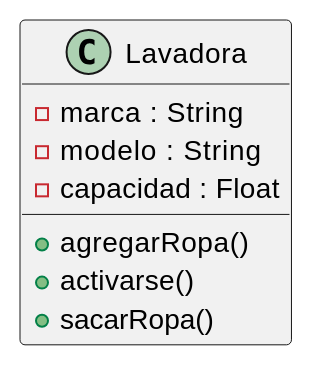
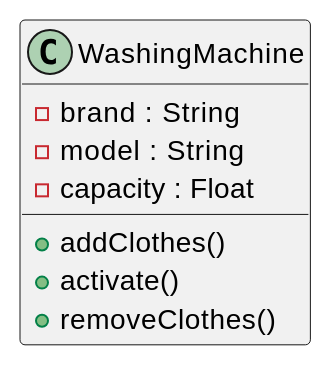
Before and after one commit to jcg-admin/IACT-docs: the diagram in source/base-cognitiva/_uml/cuando-usar-cada-diagrama/diagrama-de-clases.rst, drawn with PlantUML. The commit also changed 16 other files, not shown here.

```diff
--- a/source/base-cognitiva/_uml/cuando-usar-cada-diagrama/diagrama-de-clases.rst
+++ b/source/base-cognitiva/_uml/cuando-usar-cada-diagrama/diagrama-de-clases.rst
@@ -15,13 +15,13 @@
 .. uml::
 
    @startuml
 
-   class Lavadora {
-     - marca : String
-     - modelo : String
-     - capacidad : Float
-     + agregarRopa()
-     + activarse()
-     + sacarRopa()
+   class WashingMachine {
+     - brand : String
+     - model : String
+     - capacity : Float
+     + addClothes()
+     + activate()
+     + removeClothes()
    }
    @enduml
```
